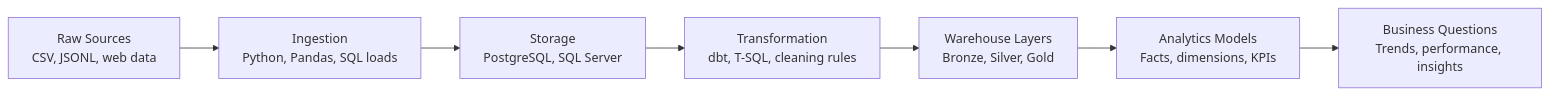
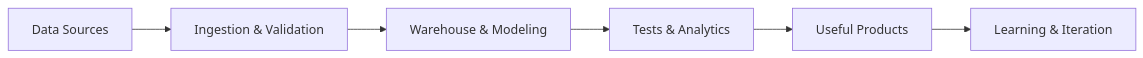
One commit to Tarek-Radi/Tarek-Radi changed the diagram in README.md. Above: the diagram before and after it, drawn with Mermaid. The commit also changed other lines of this file, not shown here.

````diff
--- a/README.md
+++ b/README.md
@@ -117,9 +91,8 @@
 ```mermaid
 flowchart LR
-    A["Raw Sources<br/>CSV, JSONL, web data"] --> B["Ingestion<br/>Python, Pandas, SQL loads"]
-    B --> C["Storage<br/>PostgreSQL, SQL Server"]
-    C --> D["Transformation<br/>dbt, T-SQL, cleaning rules"]
-    D --> E["Warehouse Layers<br/>Bronze, Silver, Gold"]
-    E --> F["Analytics Models<br/>Facts, dimensions, KPIs"]
-    F --> G["Business Questions<br/>Trends, performance, insights"]
+    A["Data Sources"] --> B["Ingestion & Validation"]
+    B --> C["Warehouse & Modeling"]
+    C --> D["Tests & Analytics"]
+    D --> E["Useful Products"]
+    E --> F["Learning & Iteration"]
 ```
````
